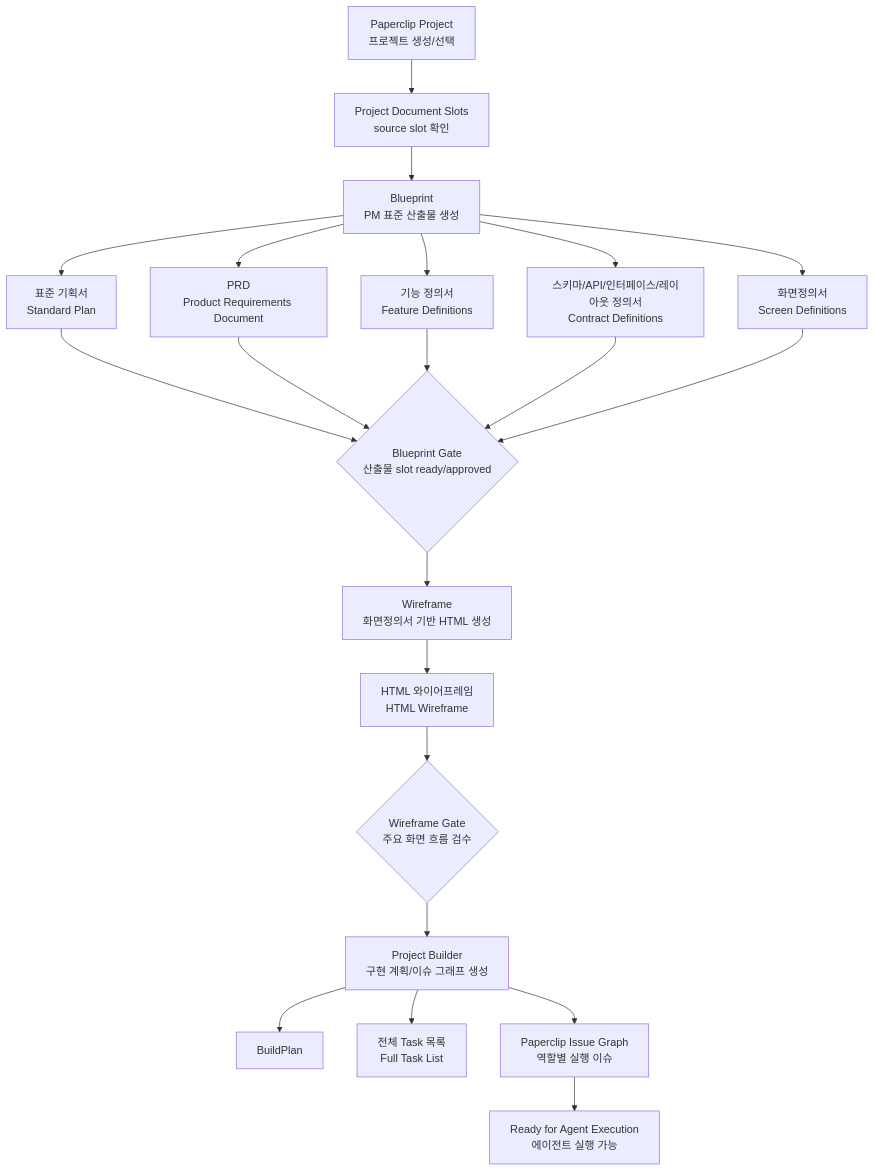
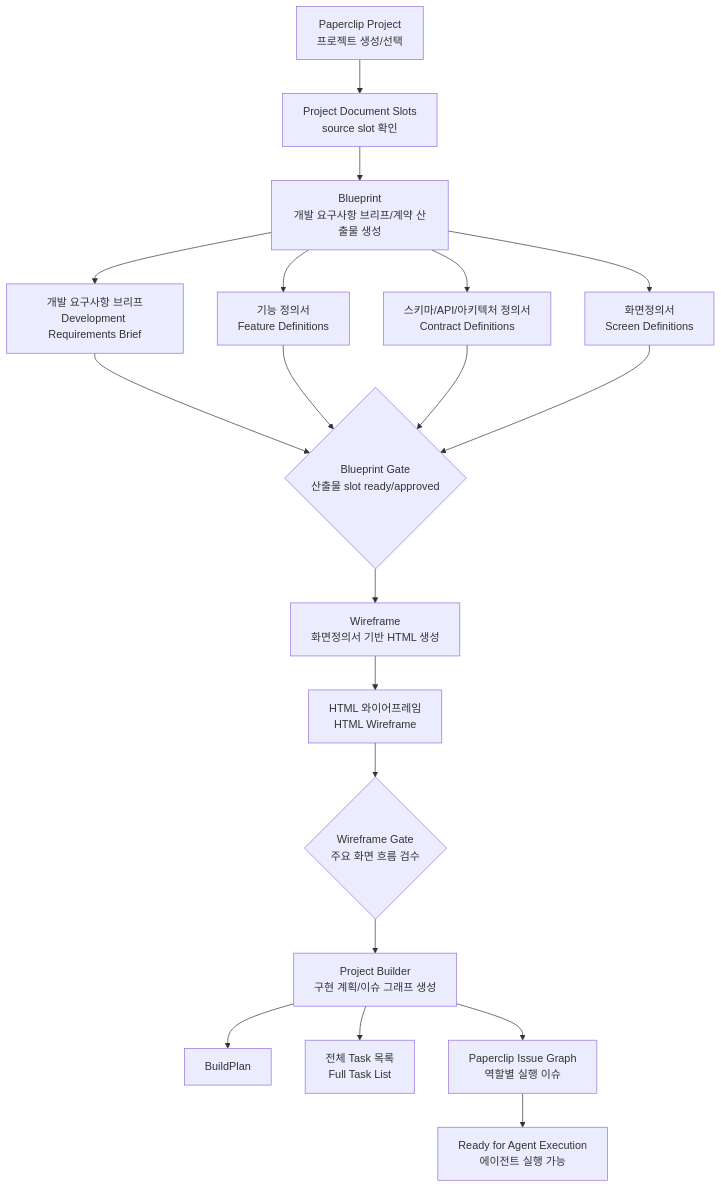
The diagram in docs/2026-06-22-mission-progress-plugin-workflow.md (BBrightcode-atlas/company-os-v2), drawn with Mermaid before and after one commit. The commit also changed other lines of this file and 9 other files, not shown here.

Commit message:
docs: define builder development requirements brief

````diff
--- a/docs/2026-06-22-mission-progress-plugin-workflow.md
+++ b/docs/2026-06-22-mission-progress-plugin-workflow.md
@@ -168,23 +165,21 @@
 ```mermaid
 flowchart TD
   A[Paperclip Project<br/>프로젝트 생성/선택] --> B[Project Document Slots<br/>source slot 확인]
-  B --> C[Blueprint<br/>PM 표준 산출물 생성]
-  C --> C1[표준 기획서<br/>Standard Plan]
-  C --> C2[PRD<br/>Product Requirements Document]
-  C --> C3[기능 정의서<br/>Feature Definitions]
-  C --> C4[스키마/API/인터페이스/레이아웃 정의서<br/>Contract Definitions]
-  C --> C5[화면정의서<br/>Screen Definitions]
+  B --> C[Blueprint<br/>개발 요구사항 브리프/계약 산출물 생성]
+  C --> C1[개발 요구사항 브리프<br/>Development Requirements Brief]
+  C --> C2[기능 정의서<br/>Feature Definitions]
+  C --> C3[스키마/API/아키텍처 정의서<br/>Contract Definitions]
+  C --> C4[화면정의서<br/>Screen Definitions]
   C1 --> G1{Blueprint Gate<br/>산출물 slot ready/approved}
   C2 --> G1
   C3 --> G1
   C4 --> G1
-  C5 --> G1
   G1 --> D[Wireframe<br/>화면정의서 기반 HTML 생성]
   D --> D1[HTML 와이어프레임<br/>HTML Wireframe]
   D1 --> G2{Wireframe Gate<br/>주요 화면 흐름 검수}
   G2 --> E[Project Builder<br/>구현 계획/이슈 그래프 생성]
   E --> E1[BuildPlan]
   E --> E2[전체 Task 목록<br/>Full Task List]
   E --> E3[Paperclip Issue Graph<br/>역할별 실행 이슈]
   E3 --> F[Ready for Agent Execution<br/>에이전트 실행 가능]
 ```
````
